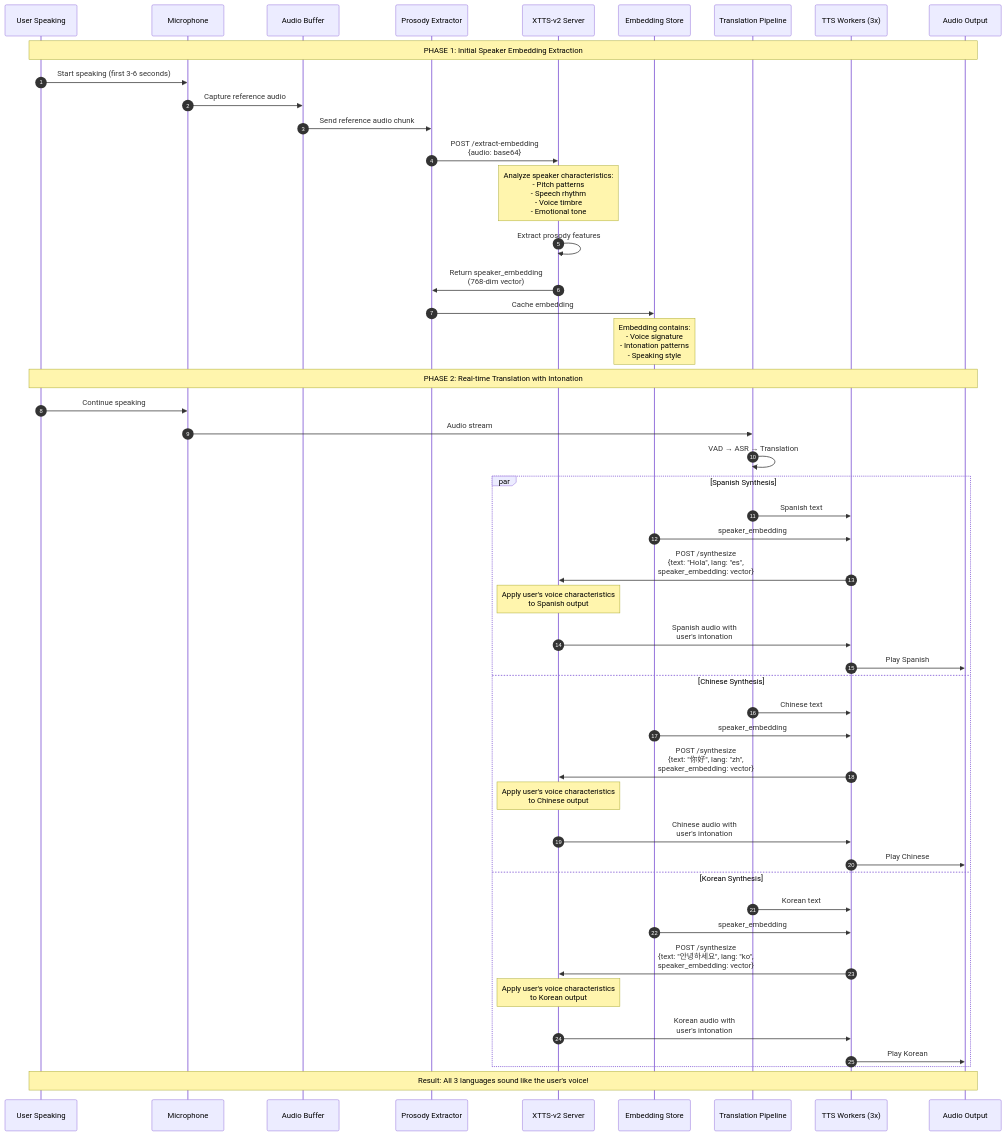
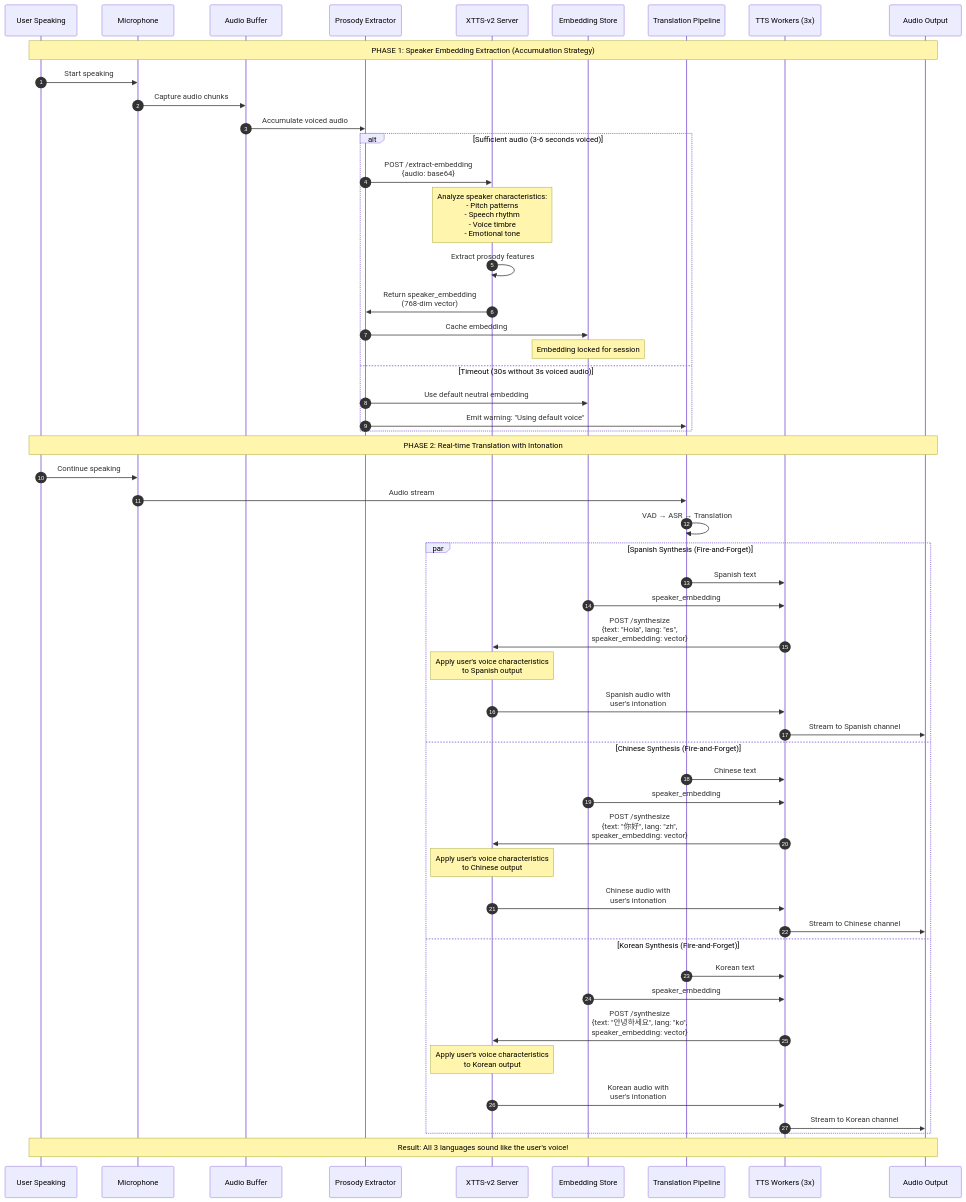
Before and after one commit to naturally-translate/voice-bridge: the ninth of 17 diagrams in plans/project-plan.md, drawn with Mermaid. The commit also changed other lines of this file, not shown here.

````diff
--- a/plans/project-plan.md
+++ b/plans/project-plan.md
@@ -524,65 +545,62 @@
 ```mermaid
 sequenceDiagram
     autonumber
     participant User as User Speaking
     participant Mic as Microphone
     participant Buffer as Audio Buffer
     participant PE as Prosody Extractor
     participant XTTS as XTTS-v2 Server
     participant Store as Embedding Store
     participant Trans as Translation Pipeline
     participant TTS as TTS Workers (3x)
     participant Output as Audio Output
 
-    Note over User,Output: PHASE 1: Initial Speaker Embedding Extraction
+    Note over User,Output: PHASE 1: Speaker Embedding Extraction (Accumulation Strategy)
 
-    User->>Mic: Start speaking (first 3-6 seconds)
-    Mic->>Buffer: Capture reference audio
-    Buffer->>PE: Send reference audio chunk
-    PE->>XTTS: POST /extract-embedding<br/>{audio: base64}
+    User->>Mic: Start speaking
+    Mic->>Buffer: Capture audio chunks
+    Buffer->>PE: Accumulate voiced audio
 
-    Note over XTTS: Analyze speaker characteristics:<br/>- Pitch patterns<br/>- Speech rhythm<br/>- Voice timbre<br/>- Emotional tone
-
-    XTTS->>XTTS: Extract prosody features
-    XTTS->>PE: Return speaker_embedding<br/>(768-dim vector)
-    PE->>Store: Cache embedding
-
-    Note over Store: Embedding contains:<br/>- Voice signature<br/>- Intonation patterns<br/>- Speaking style
+    alt Sufficient audio (3-6 seconds voiced)
+        PE->>XTTS: POST /extract-embedding<br/>{audio: base64}
+        Note over XTTS: Analyze speaker characteristics:<br/>- Pitch patterns<br/>- Speech rhythm<br/>- Voice timbre<br/>- Emotional tone
+        XTTS->>XTTS: Extract prosody features
+        XTTS->>PE: Return speaker_embedding<br/>(768-dim vector)
+        PE->>Store: Cache embedding
+        Note over Store: Embedding locked for session
+    else Timeout (30s without 3s voiced audio)
+        PE->>Store: Use default neutral embedding
+        PE->>Trans: Emit warning: "Using default voice"
+    end
 
     Note over User,Output: PHASE 2: Real-time Translation with Intonation
 
     User->>Mic: Continue speaking
     Mic->>Trans: Audio stream
     Trans->>Trans: VAD → ASR → Translation
 
-    par Spanish Synthesis
+    par Spanish Synthesis (Fire-and-Forget)
         Trans->>TTS: Spanish text
         Store->>TTS: speaker_embedding
         TTS->>XTTS: POST /synthesize<br/>{text: "Hola", lang: "es",<br/>speaker_embedding: vector}
-
         Note over XTTS: Apply user's voice characteristics<br/>to Spanish output
-
         XTTS->>TTS: Spanish audio with<br/>user's intonation
-        TTS->>Output: Play Spanish
-    and Chinese Synthesis
+        TTS->>Output: Stream to Spanish channel
+    and Chinese Synthesis (Fire-and-Forget)
         Trans->>TTS: Chinese text
         Store->>TTS: speaker_embedding
         TTS->>XTTS: POST /synthesize<br/>{text: "你好", lang: "zh",<br/>speaker_embedding: vector}
-
         Note over XTTS: Apply user's voice characteristics<br/>to Chinese output
-
         XTTS->>TTS: Chinese audio with<br/>user's intonation
-        TTS->>Output: Play Chinese
-    and Korean Synthesis
+        TTS->>Output: Stream to Chinese channel
+    and Korean Synthesis (Fire-and-Forget)
         Trans->>TTS: Korean text
         Store->>TTS: speaker_embedding
         TTS->>XTTS: POST /synthesize<br/>{text: "안녕하세요", lang: "ko",<br/>speaker_embedding: vector}
-
         Note over XTTS: Apply user's voice characteristics<br/>to Korean output
-
         XTTS->>TTS: Korean audio with<br/>user's intonation
-        TTS->>Output: Play Korean
+        TTS->>Output: Stream to Korean channel
     end
 
     Note over User,Output: Result: All 3 languages sound like the user's voice!
 ```
````
